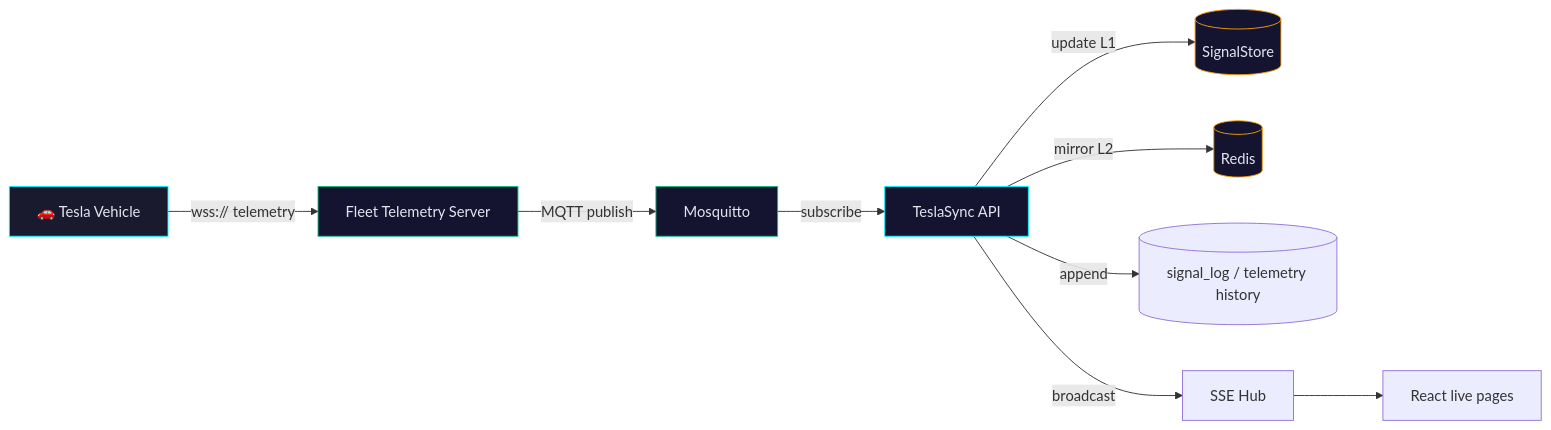
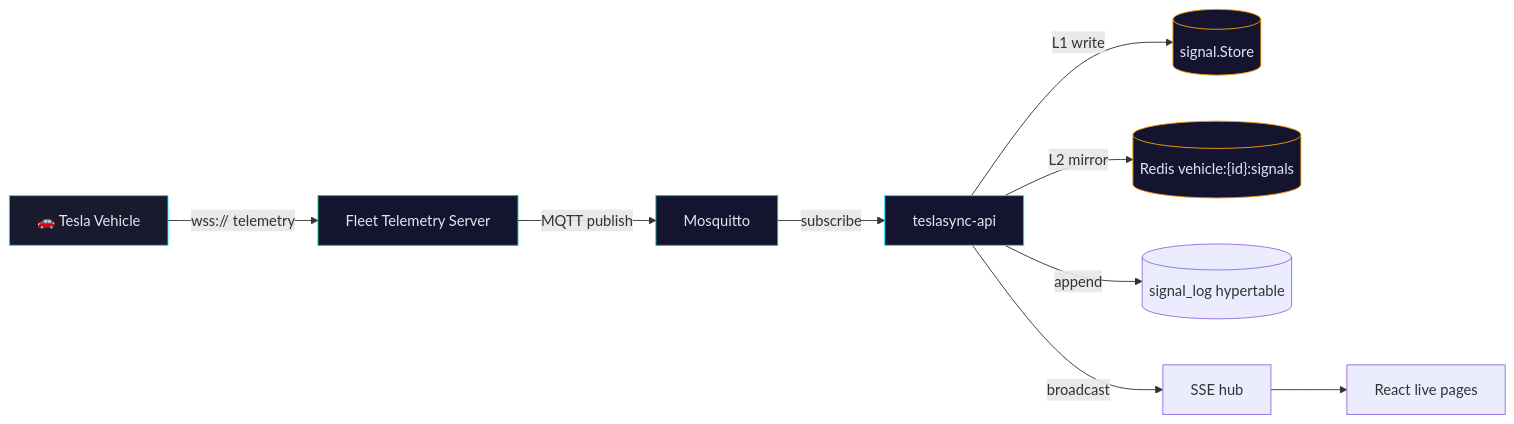
One commit to ev-dev-labs/teslasync changed the first of 2 diagrams in docs/guide/fleet-telemetry.md. Above: the diagram before and after it, drawn with Mermaid. The commit also changed other lines of this file and 56 other files, not shown here.

````diff
--- a/docs/guide/fleet-telemetry.md
+++ b/docs/guide/fleet-telemetry.md
@@ -20,18 +16,18 @@
 ```mermaid
 graph LR
     V["🚗 Tesla Vehicle"] -->|"wss:// telemetry"| FT["Fleet Telemetry Server"]
     FT -->|"MQTT publish"| MQ["Mosquitto"]
-    MQ -->|"subscribe"| TS["TeslaSync API"]
-    TS -->|"update L1"| Live[(SignalStore)]
-    TS -->|"mirror L2"| Redis[(Redis)]
-    TS -->|"append"| History[(signal_log / telemetry history)]
-    TS -->|"broadcast"| SSE["SSE Hub"]
+    MQ -->|"subscribe"| TS["teslasync-api"]
+    TS -->|"L1 write"| Live[(signal.Store)]
+    TS -->|"L2 mirror"| Redis[("Redis vehicle:{id}:signals")]
+    TS -->|"append"| History[(signal_log hypertable)]
+    TS -->|"broadcast"| SSE["SSE hub"]
     SSE --> UI["React live pages"]
 
     style V fill:#1a1a2e,stroke:#00f0ff,color:#e4e4ef
     style FT fill:#141430,stroke:#10b981,color:#e4e4ef
     style TS fill:#141430,stroke:#00f0ff,color:#e4e4ef
     style Live fill:#141430,stroke:#f59e0b,color:#e4e4ef
     style MQ fill:#141430,stroke:#10b981,color:#e4e4ef
     style Redis fill:#141430,stroke:#f59e0b,color:#e4e4ef
 ```
````
